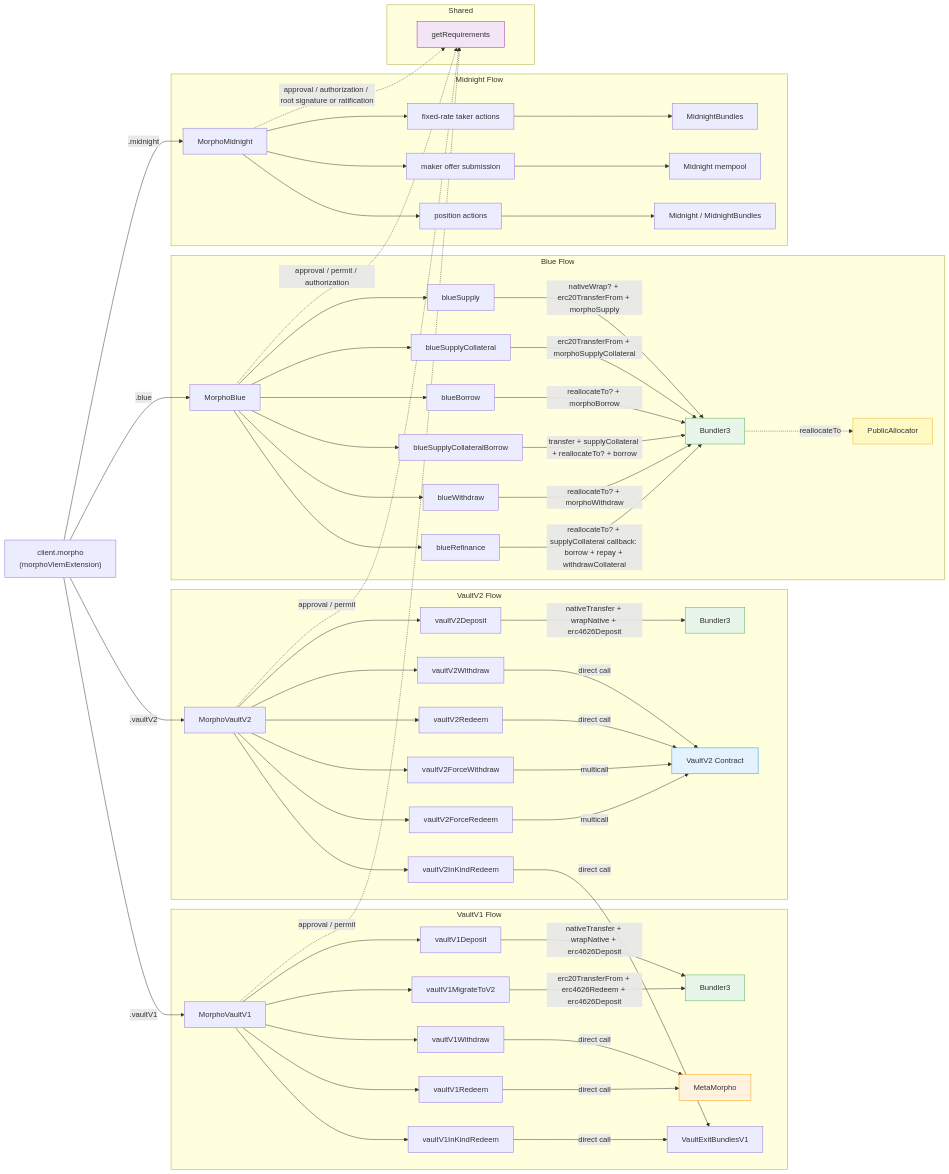
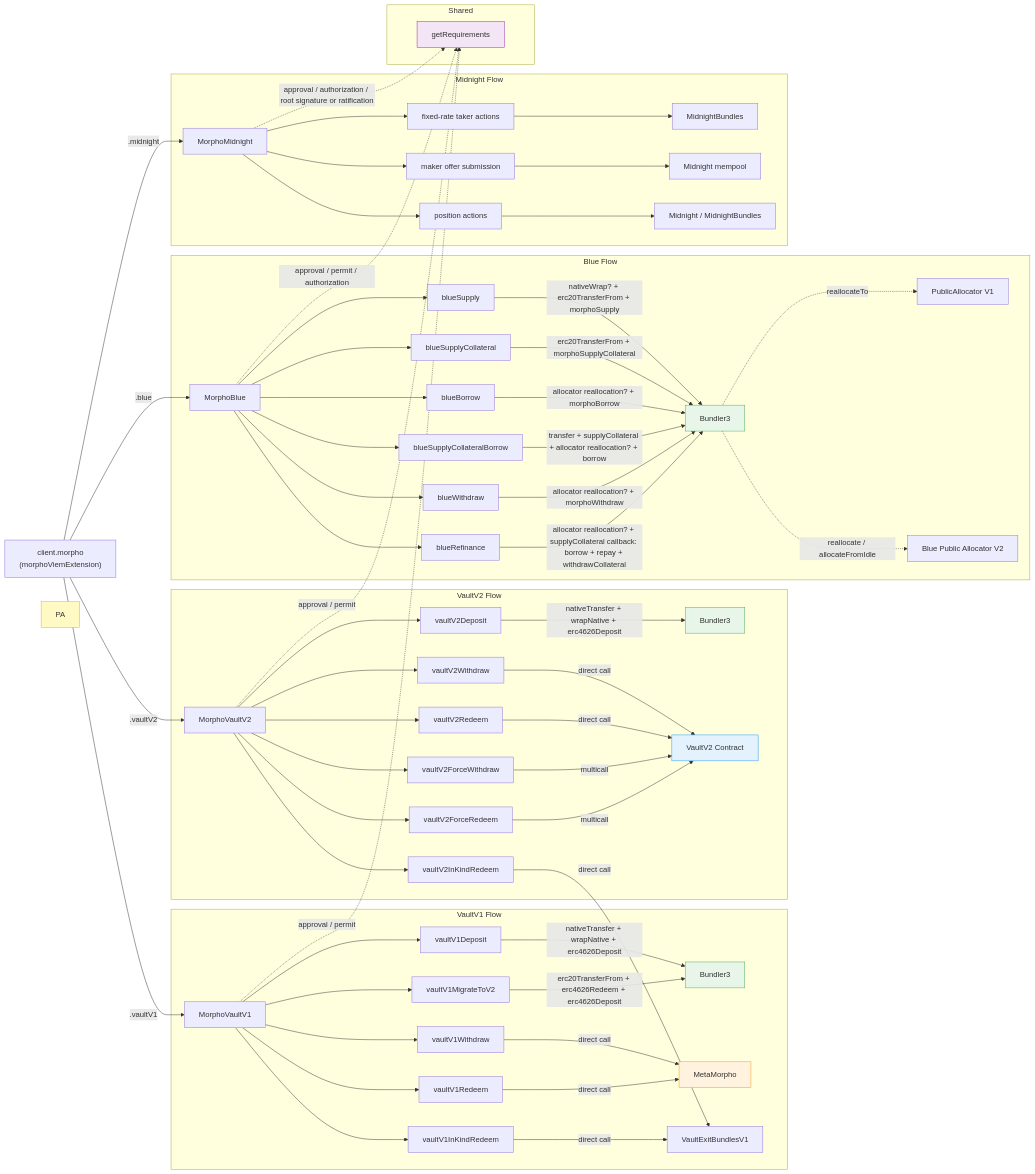
One commit to morpho-org/sdks changed the diagram in packages/morpho-sdk/README.md. Above: the diagram before and after it, drawn with Mermaid. The commit also changed 23 other files, not shown here.

Commit message:
fix: harden Public Allocator V2 support

```diff
--- a/packages/morpho-sdk/README.md
+++ b/packages/morpho-sdk/README.md
@@ -234,12 +234,13 @@
 
         M1S -->|nativeWrap? + erc20TransferFrom + morphoSupply| B3[Bundler3]
         M1SC -->|erc20TransferFrom + morphoSupplyCollateral| B3
-        M1B -->|reallocateTo? + morphoBorrow| B3
-        M1SCB -->|transfer + supplyCollateral + reallocateTo? + borrow| B3
-        M1W -->|reallocateTo? + morphoWithdraw| B3
-        M1RF -->|reallocateTo? + supplyCollateral callback: borrow + repay + withdrawCollateral| B3
+        M1B -->|allocator reallocation? + morphoBorrow| B3
+        M1SCB -->|transfer + supplyCollateral + allocator reallocation? + borrow| B3
+        M1W -->|allocator reallocation? + morphoWithdraw| B3
+        M1RF -->|allocator reallocation? + supplyCollateral callback: borrow + repay + withdrawCollateral| B3
 
-        B3 -.->|reallocateTo| PA[PublicAllocator]
+        B3 -.->|reallocateTo| PA1[PublicAllocator V1]
+        B3 -.->|reallocate / allocateFromIdle| PA2[Blue Public Allocator V2]
     end
 
     subgraph Midnight Flow
```
